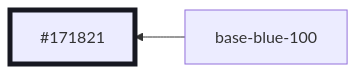
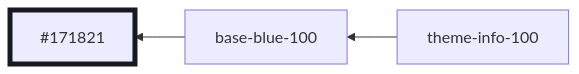
Before and after one commit to oxidecomputer/design-system: diagram 33 of 51 in styles/dist/main.md, drawn with Mermaid. The commit also changed other lines of this file and 8 other files, not shown here.

````diff
--- a/styles/dist/main.md
+++ b/styles/dist/main.md
@@ -402,6 +402,7 @@
 ```mermaid
 graph RL
   base-blue-100 --> #171821:::base-blue-100
+  theme-info-100 --> base-blue-100
 
 	classDef base-blue-100 stroke-width:5,stroke:#171821
 ```
````
